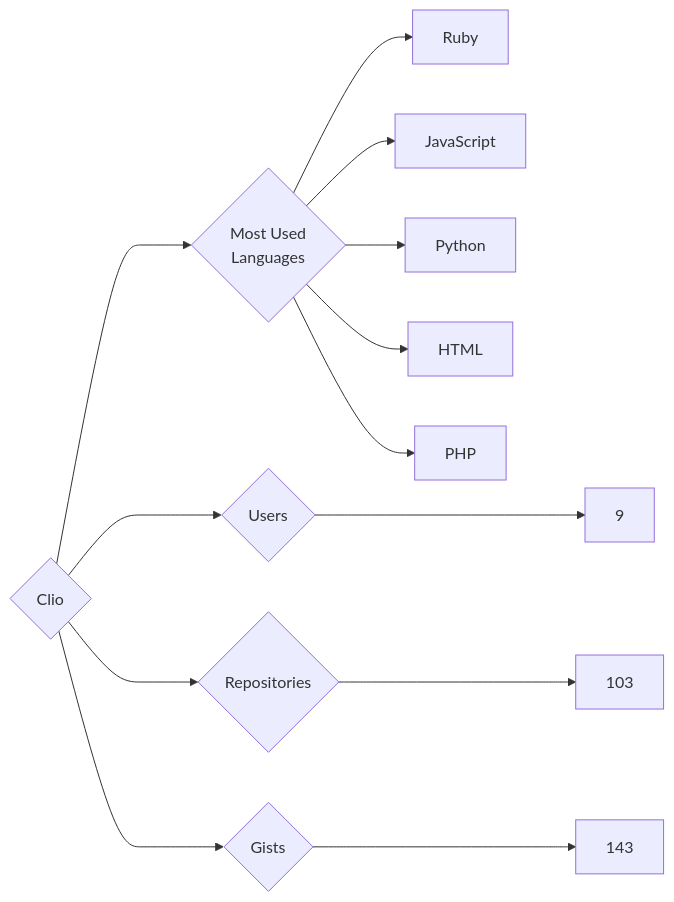
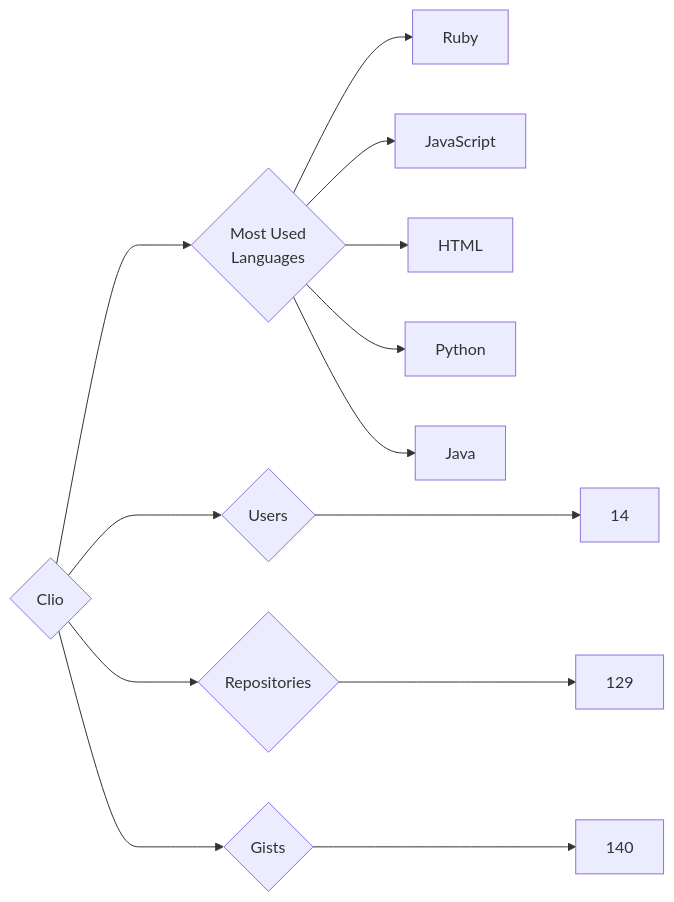
One commit to trickest/insiders changed the diagram in targets/Clio/README.md. Above: the diagram before and after it, drawn with Mermaid. The commit also changed 1195 other files, not shown here.

````diff
--- a/targets/Clio/README.md
+++ b/targets/Clio/README.md
@@ -3,13 +3,13 @@
 ```mermaid
 graph LR
 COMPANY_NAME{Clio}
-COMPANY_NAME ---> U{Users} ---> UN[9]
-COMPANY_NAME ---> R{Repositories} ---> RN[103]
-COMPANY_NAME ---> G{Gists} ---> GN[143]
+COMPANY_NAME ---> U{Users} ---> UN[14]
+COMPANY_NAME ---> R{Repositories} ---> RN[129]
+COMPANY_NAME ---> G{Gists} ---> GN[140]
 COMPANY_NAME ---> ML{Most Used<br>Languages}
 ML --> Ruby[Ruby]
 ML --> JavaScript[JavaScript]
+ML --> HTML[HTML]
 ML --> Python[Python]
-ML --> HTML[HTML]
-ML --> PHP[PHP]
+ML --> Java[Java]
 ```
````
